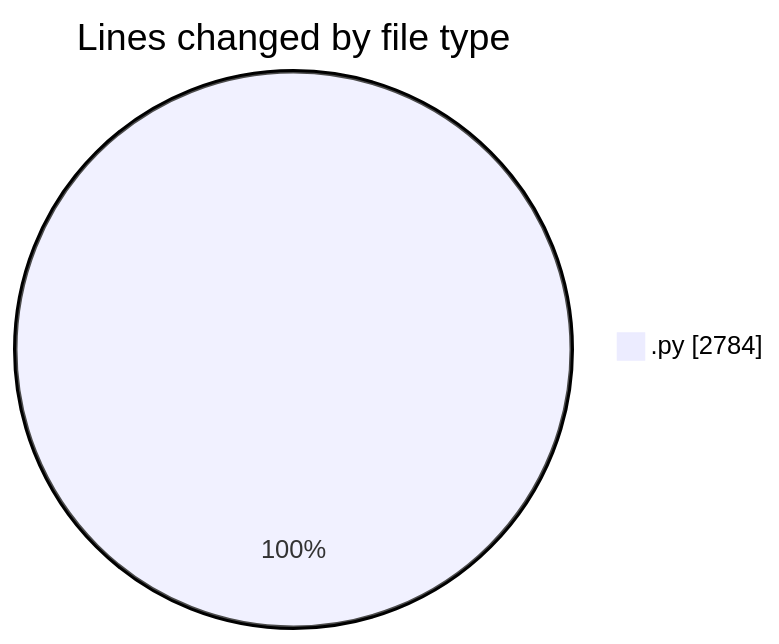
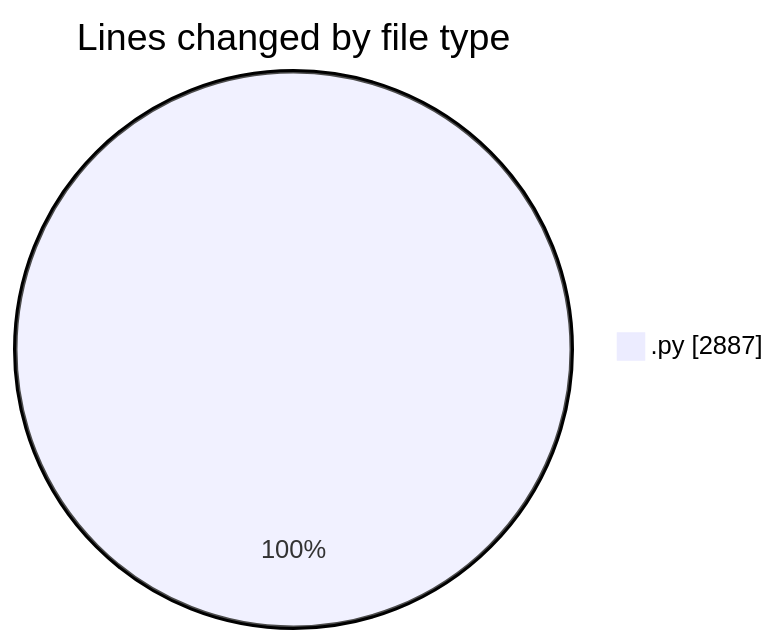
Before and after one commit to julien-gomy/code-tracking: the first of 2 diagrams in 2025-11-19/eventscop-api-guide__workspace_/README.md, drawn with Mermaid. The commit also changed other lines of this file and 1 other file, not shown here.

````diff
--- a/2025-11-19/eventscop-api-guide__workspace_/README.md
+++ b/2025-11-19/eventscop-api-guide__workspace_/README.md
@@ -24,5 +24,5 @@
 ```mermaid
 pie showData
 title Lines changed by file type
-".py" : 2784
+".py" : 2887
 ```
````
